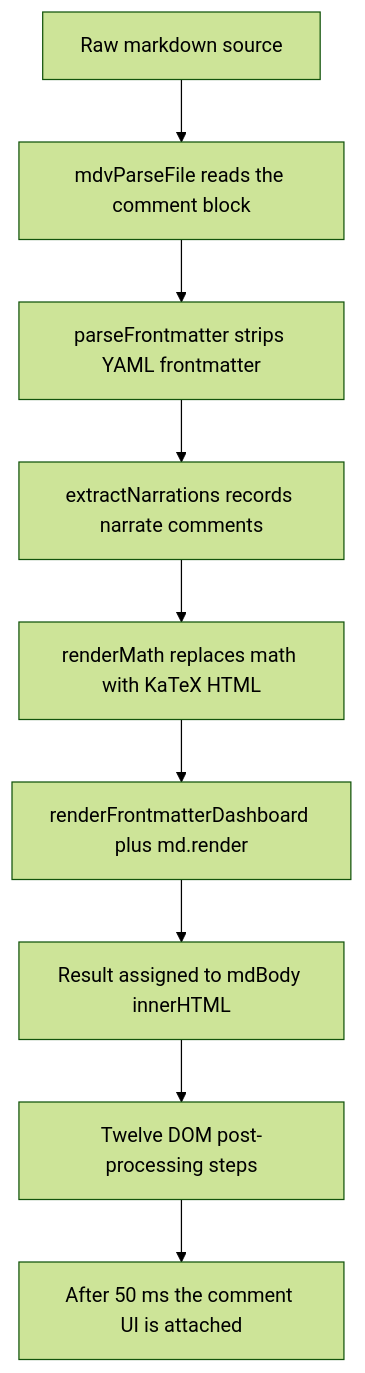
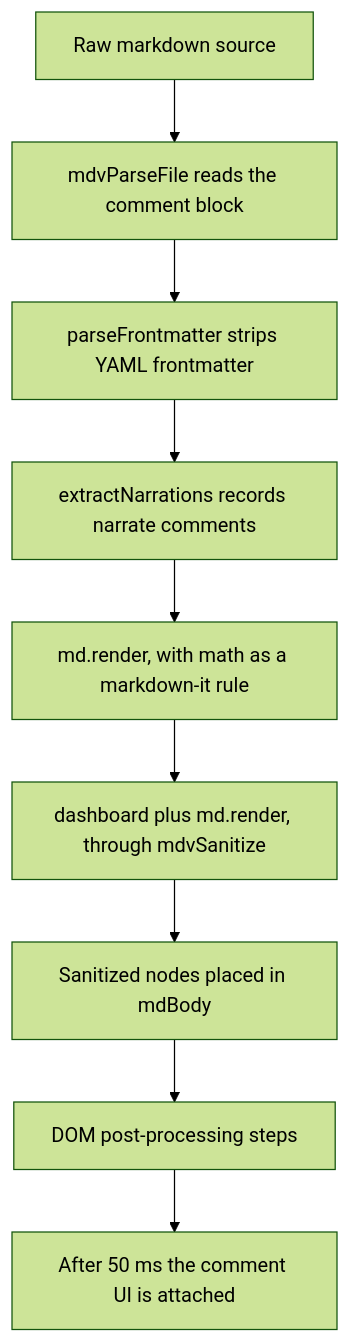
One commit to vikrantb/kites-markdown changed the diagram in docs/rendering.md. Above: the diagram before and after it, drawn with Mermaid (forest theme). The commit also changed other lines of this file and 30 other files, not shown here.

First line of the commit message:
fix(security): a document cannot run script, and math and frontmatter render correctly (#5)

````diff
--- a/docs/rendering.md
+++ b/docs/rendering.md
@@ -17,11 +17,11 @@
 ```mermaid
 graph TD
     A[Raw markdown source] --> B[mdvParseFile reads the comment block]
     B --> C[parseFrontmatter strips YAML frontmatter]
     C --> D[extractNarrations records narrate comments]
-    D --> E[renderMath replaces math with KaTeX HTML]
-    E --> F[renderFrontmatterDashboard plus md.render]
-    F --> G[Result assigned to mdBody innerHTML]
-    G --> H[Twelve DOM post-processing steps]
+    D --> E[md.render, with math as a markdown-it rule]
+    E --> F[dashboard plus md.render, through mdvSanitize]
+    F --> G[Sanitized nodes placed in mdBody]
+    G --> H[DOM post-processing steps]
     H --> I[After 50 ms the comment UI is attached]
 ```
````
